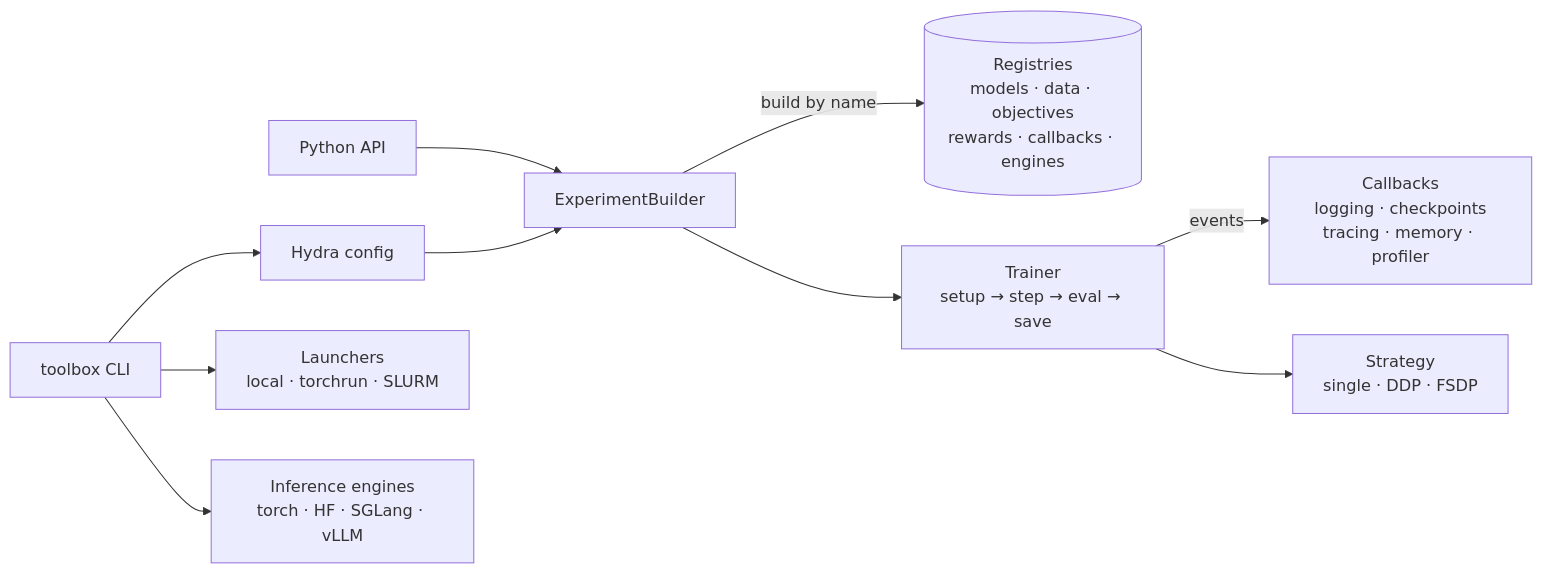
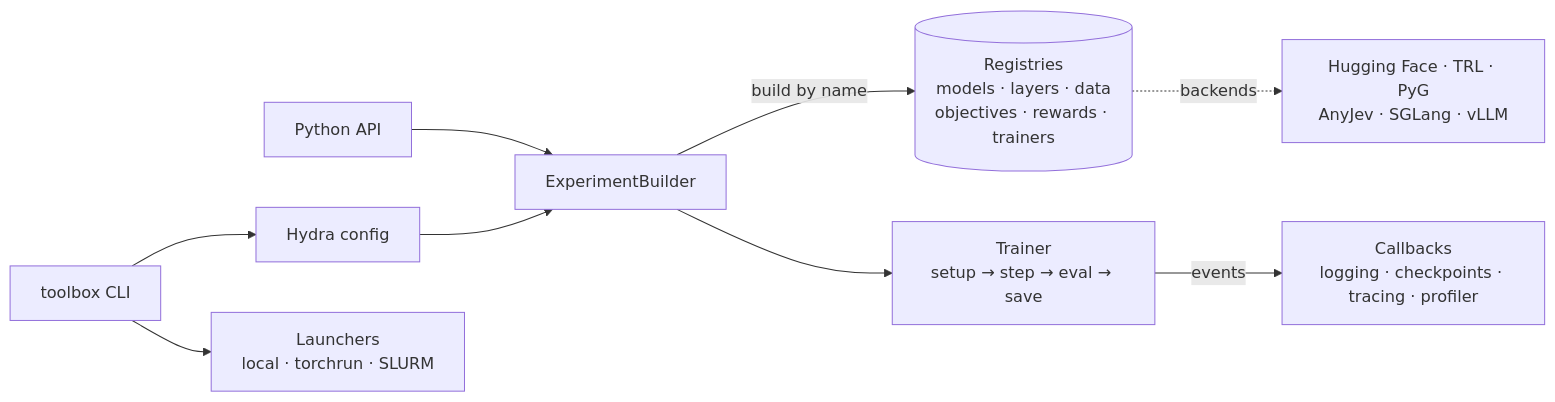
The diagram in README.md (lamng3/toolbox), drawn with Mermaid before and after one commit. The commit also changed other lines of this file and 42 other files, not shown here.

````diff
--- a/README.md
+++ b/README.md
@@ -91,12 +135,11 @@
 ```mermaid
 flowchart LR
     CLI["toolbox CLI"] --> CFG["Hydra config"]
     PY["Python API"] --> B
     CFG --> B["ExperimentBuilder"]
-    B -- "build by name" --> REG[("Registries<br/>models · data · objectives<br/>rewards · callbacks · engines")]
+    B -- "build by name" --> REG[("Registries<br/>models · layers · data<br/>objectives · rewards · trainers")]
+    REG -. backends .-> LIB["Hugging Face · TRL · PyG<br/>AnyJev · SGLang · vLLM"]
     B --> T["Trainer<br/>setup → step → eval → save"]
-    T -- events --> CB["Callbacks<br/>logging · checkpoints<br/>tracing · memory · profiler"]
-    T --> S["Strategy<br/>single · DDP · FSDP"]
+    T -- events --> CB["Callbacks<br/>logging · checkpoints · tracing · profiler"]
     CLI --> L["Launchers<br/>local · torchrun · SLURM"]
-    CLI --> E["Inference engines<br/>torch · HF · SGLang · vLLM"]
 ```
````
